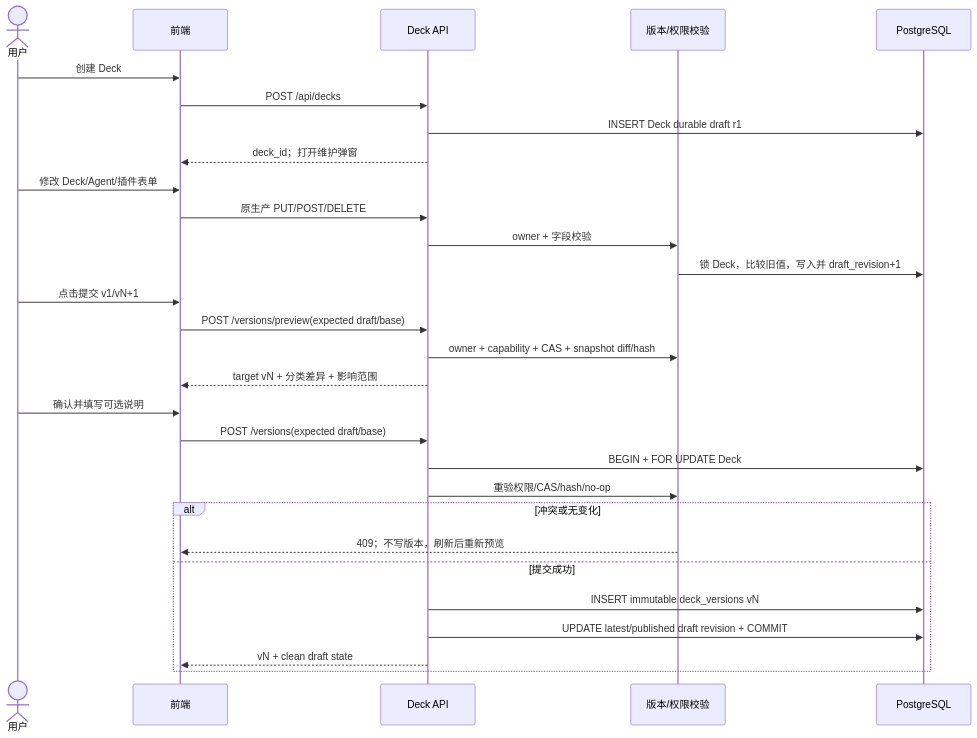
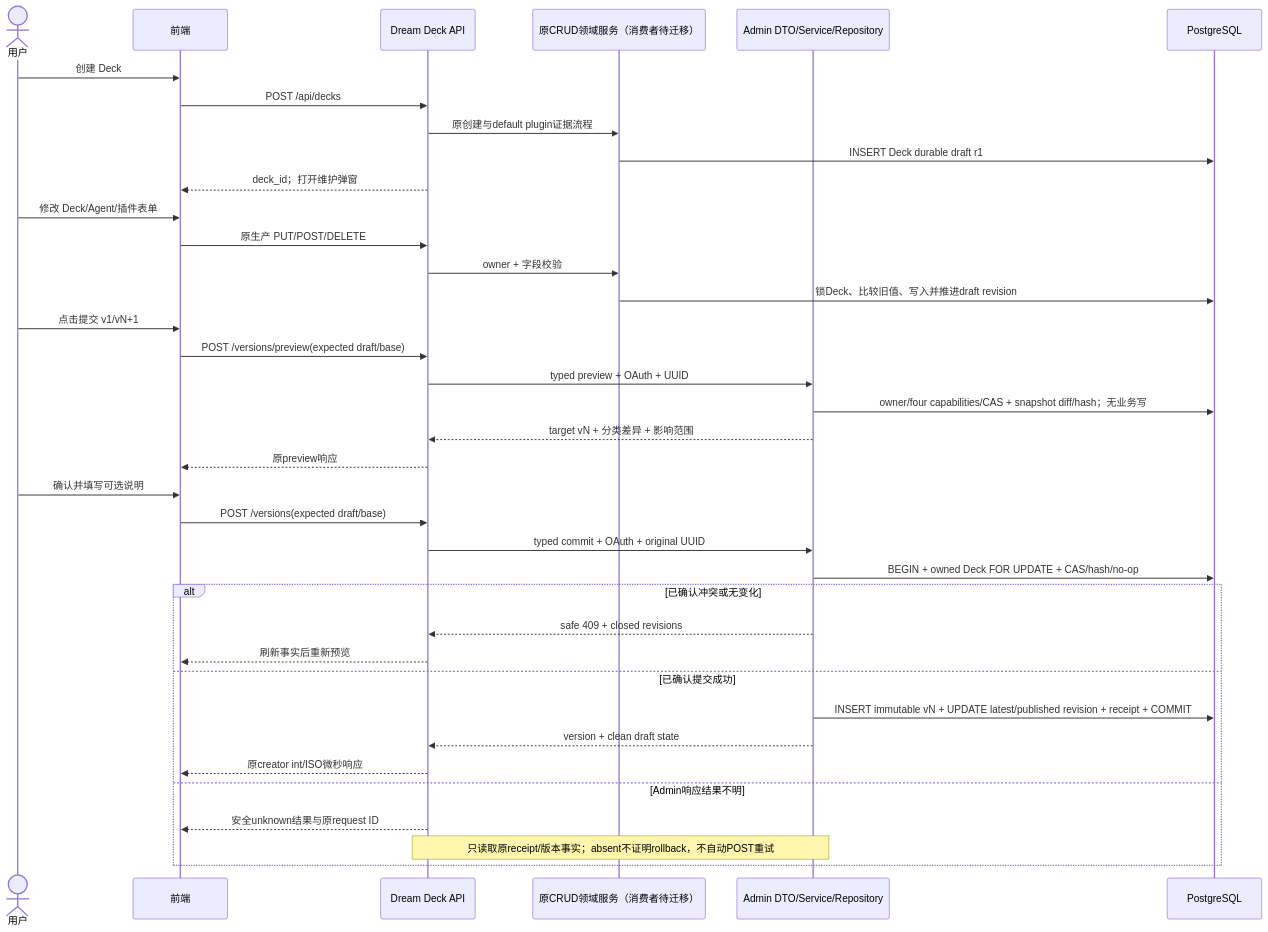
One commit to glide-the/im-dream changed the third of 11 diagrams in docs/design/deck/deck-business-sequences.md. Above: the diagram before and after it, drawn with Mermaid. The commit also changed other lines of this file and 24 other files, not shown here.

First line of the commit message:
feat: migrate public Deck content versions to Admin

````diff
--- a/docs/design/deck/deck-business-sequences.md
+++ b/docs/design/deck/deck-business-sequences.md
@@ -52,31 +68,39 @@
 ```mermaid
 sequenceDiagram
   actor U as 用户
   participant UI as 前端
-  participant A as Deck API
-  participant V as 版本/权限校验
+  participant A as Dream Deck API
+  participant C as 原CRUD领域服务（消费者待迁移）
+  participant M as Admin DTO/Service/Repository
   participant DB as PostgreSQL
   U->>UI: 创建 Deck
   UI->>A: POST /api/decks
-  A->>DB: INSERT Deck durable draft r1
+  A->>C: 原创建与default plugin证据流程
+  C->>DB: INSERT Deck durable draft r1
   A-->>UI: deck_id；打开维护弹窗
   U->>UI: 修改 Deck/Agent/插件表单
   UI->>A: 原生产 PUT/POST/DELETE
-  A->>V: owner + 字段校验
-  V->>DB: 锁 Deck，比较旧值，写入并 draft_revision+1
+  A->>C: owner + 字段校验
+  C->>DB: 锁Deck、比较旧值、写入并推进draft revision
   U->>UI: 点击提交 v1/vN+1
   UI->>A: POST /versions/preview(expected draft/base)
-  A->>V: owner + capability + CAS + snapshot diff/hash
-  A-->>UI: target vN + 分类差异 + 影响范围
+  A->>M: typed preview + OAuth + UUID
+  M->>DB: owner/four capabilities/CAS + snapshot diff/hash；无业务写
+  M-->>A: target vN + 分类差异 + 影响范围
+  A-->>UI: 原preview响应
   U->>UI: 确认并填写可选说明
   UI->>A: POST /versions(expected draft/base)
-  A->>DB: BEGIN + FOR UPDATE Deck
-  A->>V: 重验权限/CAS/hash/no-op
-  alt 冲突或无变化
-    V-->>UI: 409；不写版本，刷新后重新预览
-  else 提交成功
-    A->>DB: INSERT immutable deck_versions vN
-    A->>DB: UPDATE latest/published draft revision + COMMIT
-    A-->>UI: vN + clean draft state
+  A->>M: typed commit + OAuth + original UUID
+  M->>DB: BEGIN + owned Deck FOR UPDATE + CAS/hash/no-op
+  alt 已确认冲突或无变化
+    M-->>A: safe 409 + closed revisions
+    A-->>UI: 刷新事实后重新预览
+  else 已确认提交成功
+    M->>DB: INSERT immutable vN + UPDATE latest/published revision + receipt + COMMIT
+    M-->>A: version + clean draft state
+    A-->>UI: 原creator int/ISO微秒响应
+  else Admin响应结果不明
+    A-->>UI: 安全unknown结果与原request ID
+    Note over A,M: 只读取原receipt/版本事实；absent不证明rollback，不自动POST重试
   end
 ```
````
